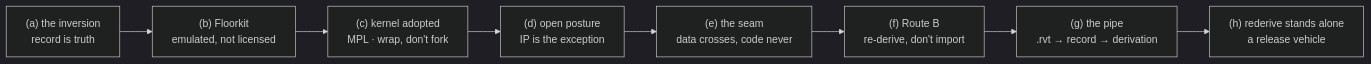
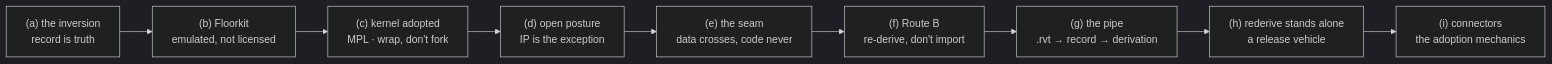
The diagram in docs/DECISIONS.md (SoMaCoSF/rederive), drawn with Mermaid (dark theme) before and after one commit. The commit also changed other lines of this file and 8 other files, not shown here.

First line of the commit message:
Connectors: the adoption mechanics (founder scope addition 2026-11-21)

````diff
--- a/docs/DECISIONS.md
+++ b/docs/DECISIONS.md
@@ -14,10 +14,11 @@
 ```mermaid
 flowchart LR
     A["(a) the inversion<br/>record is truth"] --> B["(b) Floorkit<br/>emulated, not licensed"]
     B --> C["(c) kernel adopted<br/>MPL · wrap, don't fork"]
     C --> D["(d) open posture<br/>IP is the exception"]
     D --> E["(e) the seam<br/>data crosses, code never"]
     E --> F["(f) Route B<br/>re-derive, don't import"]
     F --> G["(g) the pipe<br/>.rvt → record → derivation"]
     G --> H["(h) rederive stands alone<br/>a release vehicle"]
+    H --> I["(i) connectors<br/>the adoption mechanics"]
 ```
````
